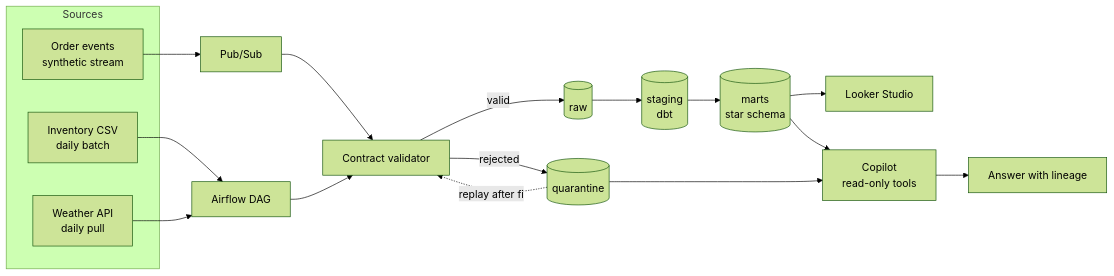
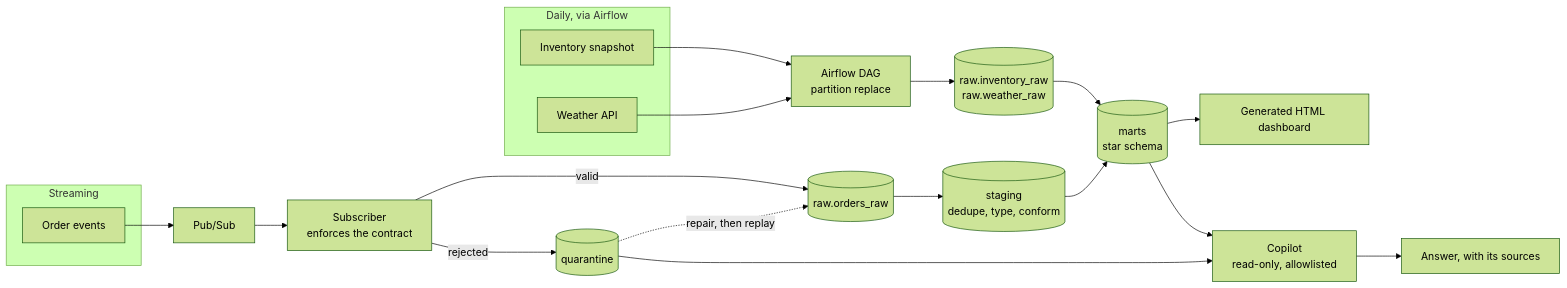
One commit to Musteab/pulseops changed the diagram in README.md. Above: the diagram before and after it, drawn with Mermaid (forest theme). The commit also changed other lines of this file, not shown here.

Commit message:
redraw the architecture diagram and rewrite status against measured counts

````diff
--- a/README.md
+++ b/README.md
@@ -112,26 +112,30 @@
 ```mermaid
 flowchart LR
-  subgraph sources[Sources]
-    A[Order events<br/>synthetic stream]
-    B[Inventory CSV<br/>daily batch]
-    C[Weather API<br/>daily pull]
+  subgraph stream[Streaming]
+    A[Order events]
+  end
+  subgraph batch[Daily, via Airflow]
+    B[Inventory snapshot]
+    C[Weather API]
   end
 
   A --> PS[Pub/Sub]
-  PS --> ING[Contract validator]
-  B --> AF[Airflow DAG]
+  PS --> SUB[Subscriber<br/>enforces the contract]
+
+  SUB -->|valid| RAW[(raw.orders_raw)]
+  SUB -->|rejected| QT[(quarantine)]
+  QT -.repair, then replay.-> RAW
+
+  B --> AF[Airflow DAG<br/>partition replace]
   C --> AF
-  AF --> ING
+  AF --> BRAW[(raw.inventory_raw<br/>raw.weather_raw)]
 
-  ING -->|valid| RAW[(raw)]
-  ING -->|rejected| QT[(quarantine)]
-  QT -.replay after fix.-> ING
+  RAW --> STG[(staging<br/>dedupe, type, conform)]
+  STG --> MART[(marts<br/>star schema)]
+  BRAW --> MART
 
-  RAW --> STG[(staging<br/>dbt)]
-  STG --> MART[(marts<br/>star schema)]
-  MART --> DASH[Looker Studio]
-
+  MART --> DASH[Generated HTML dashboard]
+  MART --> COP
   QT --> COP
-  MART --> COP
-  COP[Copilot<br/>read-only tools] --> ANS[Answer with lineage]
+  COP[Copilot<br/>read-only, allowlisted] --> ANS[Answer, with its sources]
 ```
````
